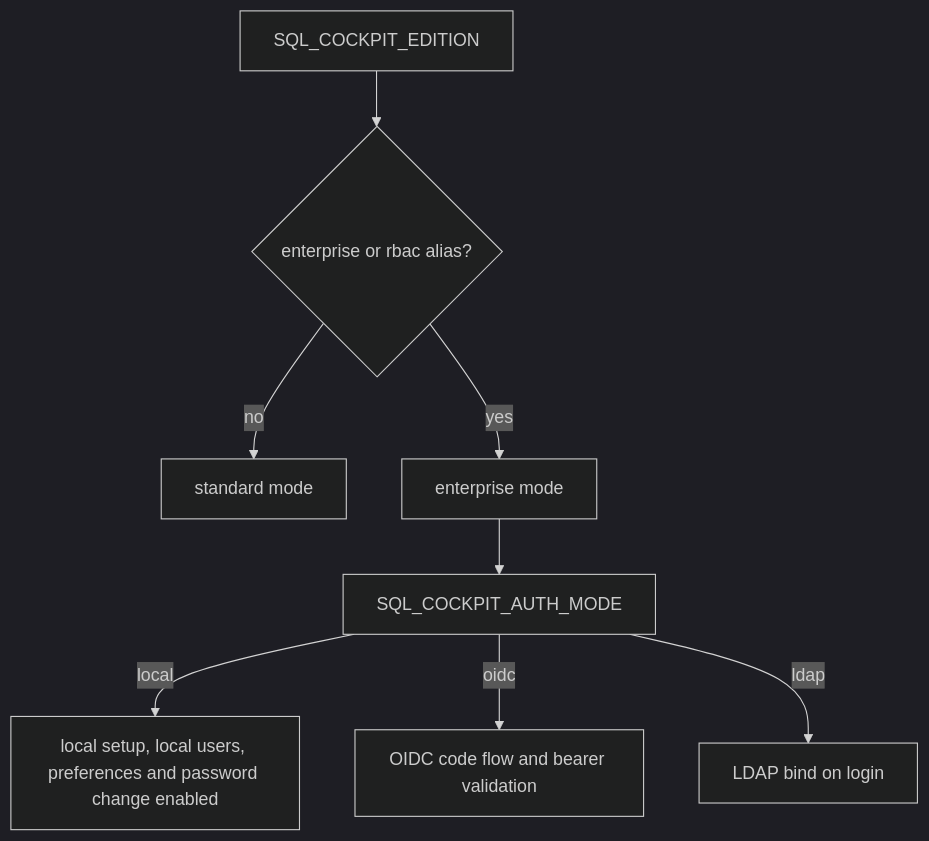
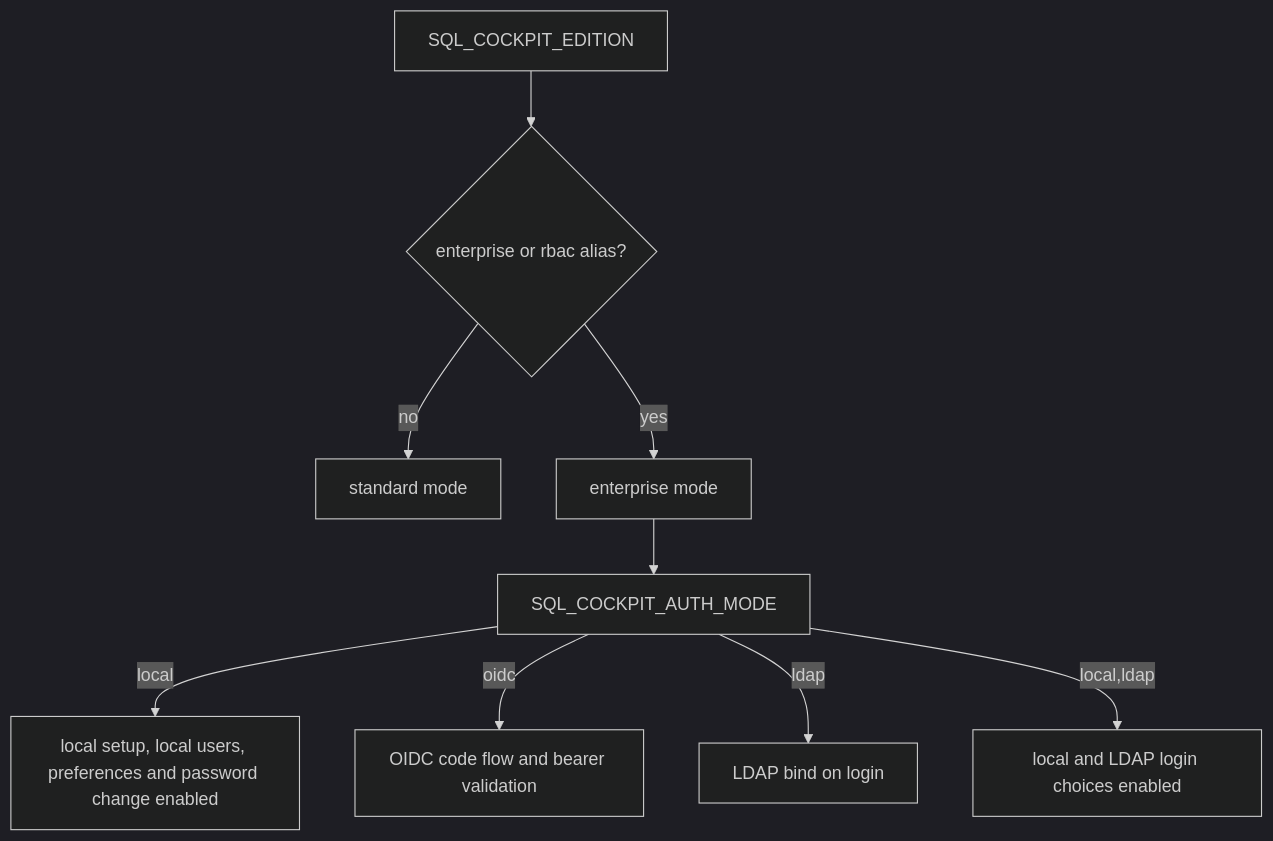
One commit to sql-cockpit/sql-cockpit-docs-source changed the diagram in docs/user/enterprise-mode-settings.md. Above: the diagram before and after it, drawn with Mermaid (dark theme). The commit also changed other lines of this file and 9 other files, not shown here.

````diff
--- a/docs/user/enterprise-mode-settings.md
+++ b/docs/user/enterprise-mode-settings.md
@@ -49,10 +66,11 @@
 ```mermaid
 flowchart TD
     A[SQL_COCKPIT_EDITION] --> B{enterprise or rbac alias?}
     B -- no --> C[standard mode]
     B -- yes --> D[enterprise mode]
     D --> E[SQL_COCKPIT_AUTH_MODE]
     E -->|local| F[local setup, local users, preferences and password change enabled]
     E -->|oidc| G[OIDC code flow and bearer validation]
     E -->|ldap| H[LDAP bind on login]
+    E -->|local,ldap| I[local and LDAP login choices enabled]
 ```
````
